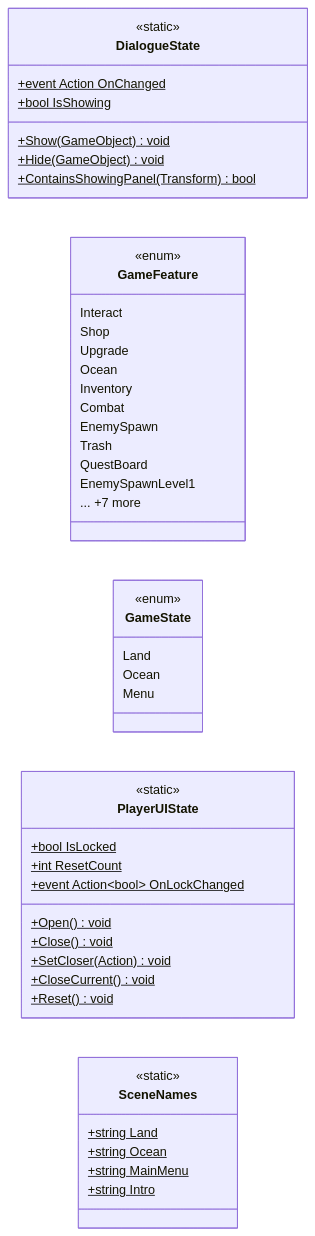
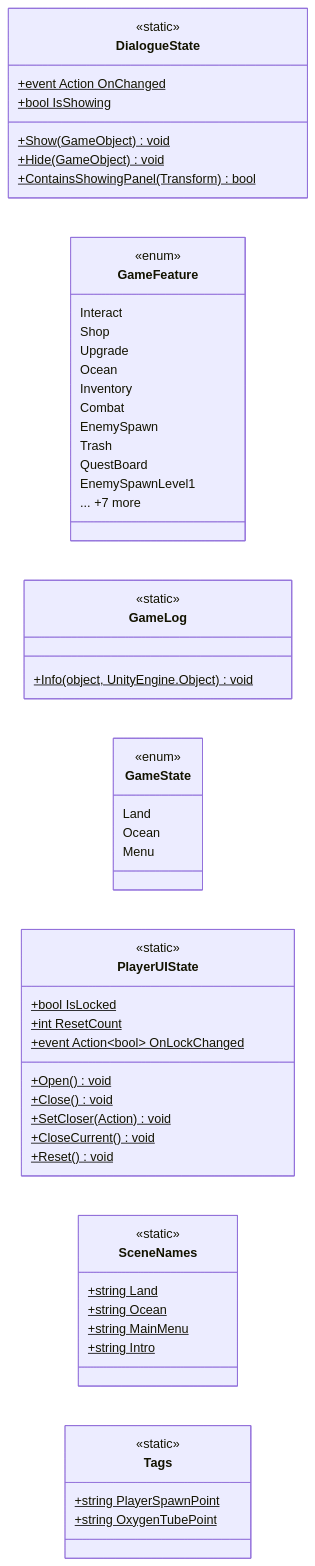
One commit to PhumipatWave/project-ocean changed the diagram in docs/uml/modules/Core.md. Above: the diagram before and after it, drawn with Mermaid. The commit also changed other lines of this file and 256 other files, not shown here.

````diff
--- a/docs/uml/modules/Core.md
+++ b/docs/uml/modules/Core.md
@@ -7,50 +7,59 @@
 ```mermaid
 classDiagram
   direction LR
   class DialogueState {
     <<static>>
     +event Action OnChanged$
     +bool IsShowing$
     +Show(GameObject)$ void
     +Hide(GameObject)$ void
     +ContainsShowingPanel(Transform)$ bool
   }
   class GameFeature {
     <<enum>>
     Interact
     Shop
     Upgrade
     Ocean
     Inventory
     Combat
     EnemySpawn
     Trash
     QuestBoard
     EnemySpawnLevel1
     ... +7 more
   }
+  class GameLog {
+    <<static>>
+    +Info(object, UnityEngine.Object)$ void
+  }
   class GameState {
     <<enum>>
     Land
     Ocean
     Menu
   }
   class PlayerUIState {
     <<static>>
     +bool IsLocked$
     +int ResetCount$
     +event Action~bool~ OnLockChanged$
     +Open()$ void
     +Close()$ void
     +SetCloser(Action)$ void
     +CloseCurrent()$ void
     +Reset()$ void
   }
   class SceneNames {
     <<static>>
     +string Land$
     +string Ocean$
     +string MainMenu$
     +string Intro$
   }
+  class Tags {
+    <<static>>
+    +string PlayerSpawnPoint$
+    +string OxygenTubePoint$
+  }
 ```
````
